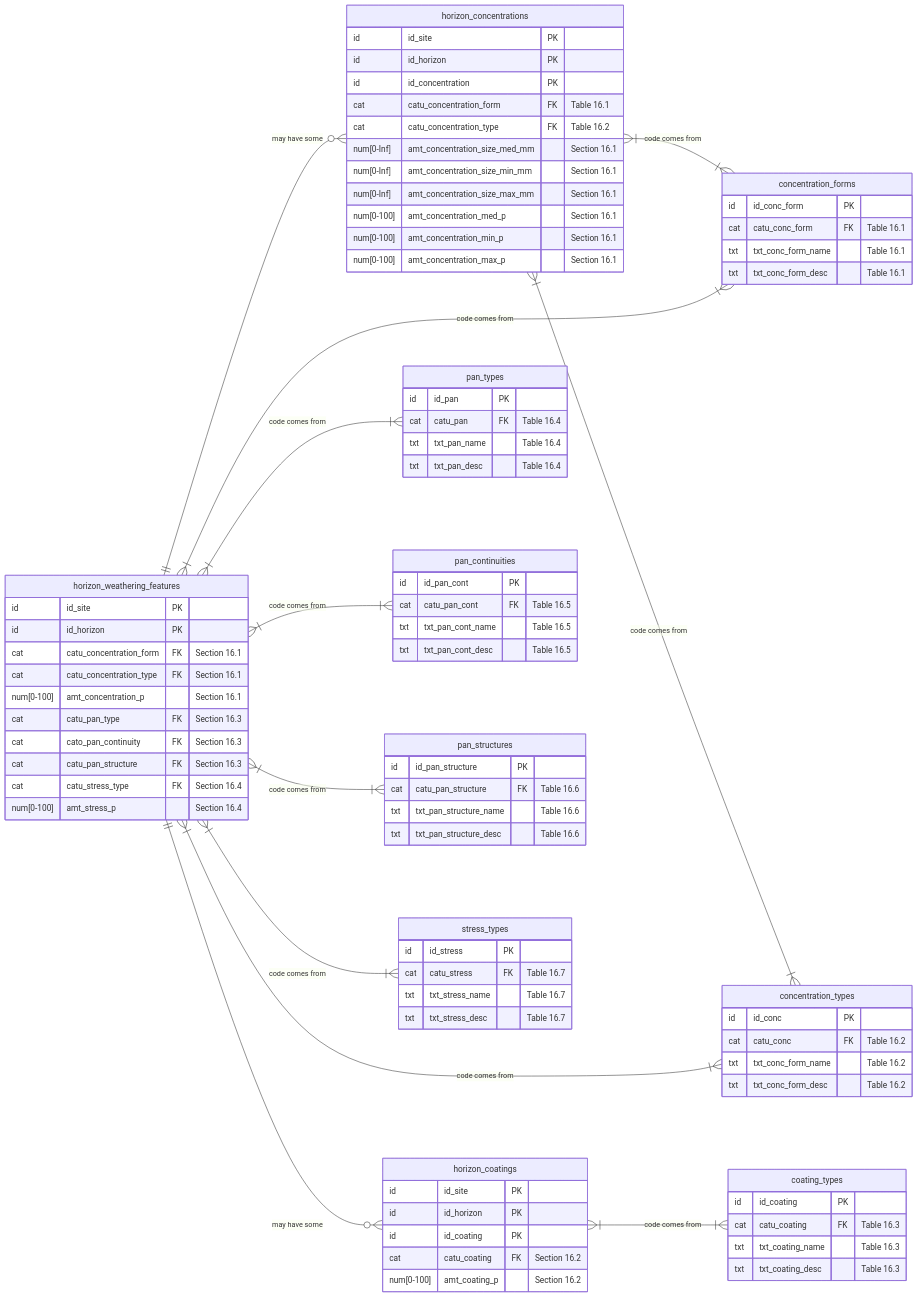
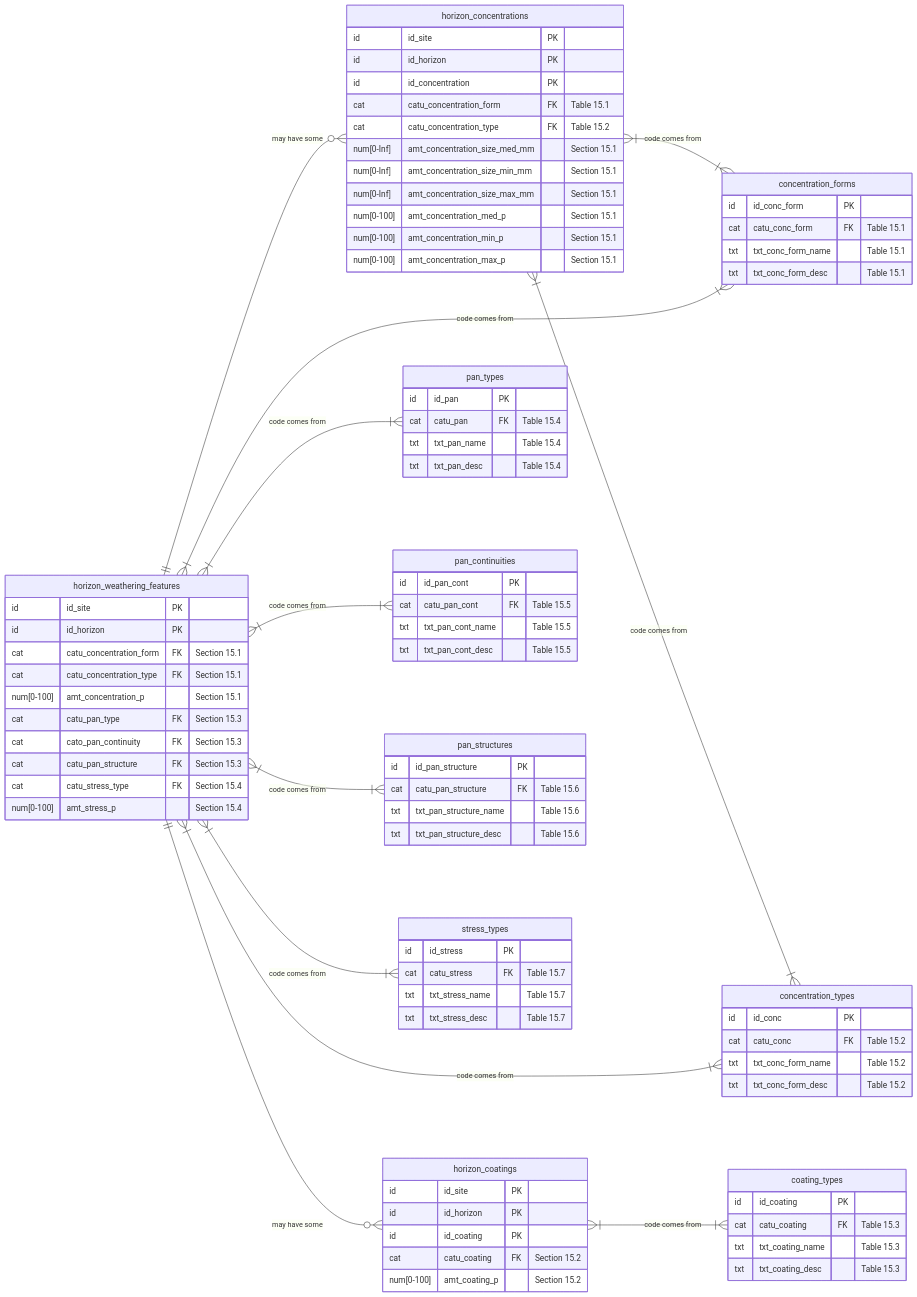
Before and after one commit to manaakiwhenua/NZ_soildesc_2024: diagram 17 of 27 in ap_03_database_design.qmd, drawn with Mermaid. The commit also changed other lines of this file, not shown here.

````diff
--- a/ap_03_database_design.qmd
+++ b/ap_03_database_design.qmd
@@ -1523,18 +1517,18 @@
     id          id_site PK
     id          id_horizon PK
     %% concentrations_rapid %%  
-    cat         catu_concentration_form FK       "Section 16.1"
-    cat         catu_concentration_type FK       "Section 16.1"
-    num[0-100]  amt_concentration_p              "Section 16.1"
+    cat         catu_concentration_form FK       "Section 15.1"
+    cat         catu_concentration_type FK       "Section 15.1"
+    num[0-100]  amt_concentration_p              "Section 15.1"
     %% coatings rapid still has to go in a subtable, see below %%
     %% rapid pans (you can only have one) %%
-    cat         catu_pan_type FK                 "Section 16.3"
+    cat         catu_pan_type FK                 "Section 15.3"
     %% add this stuff for routine %%
-    cat         cato_pan_continuity  FK          "Section 16.3"
-    cat         catu_pan_structure FK            "Section 16.3"
+    cat         cato_pan_continuity  FK          "Section 15.3"
+    cat         catu_pan_structure FK            "Section 15.3"
     %% stress features (NB you get one or the other because Physics) %%
-    cat         catu_stress_type FK              "Section 16.4"
-    num[0-100]  amt_stress_p                     "Section 16.4"
+    cat         catu_stress_type FK              "Section 15.4"
+    num[0-100]  amt_stress_p                     "Section 15.4"
   }
    
   %% data %%
@@ -1542,28 +1536,28 @@
     id          id_site PK
     id          id_horizon PK
     id          id_concentration PK
-    cat         catu_concentration_form FK       "Table 16.1"
-    cat         catu_concentration_type FK       "Table 16.2"
-    num[0-Inf]  amt_concentration_size_med_mm    "Section 16.1"
-    num[0-Inf]  amt_concentration_size_min_mm    "Section 16.1"
-    num[0-Inf]  amt_concentration_size_max_mm    "Section 16.1"
-    num[0-100]  amt_concentration_med_p          "Section 16.1"
-    num[0-100]  amt_concentration_min_p          "Section 16.1"
-    num[0-100]  amt_concentration_max_p          "Section 16.1"
+    cat         catu_concentration_form FK       "Table 15.1"
+    cat         catu_concentration_type FK       "Table 15.2"
+    num[0-Inf]  amt_concentration_size_med_mm    "Section 15.1"
+    num[0-Inf]  amt_concentration_size_min_mm    "Section 15.1"
+    num[0-Inf]  amt_concentration_size_max_mm    "Section 15.1"
+    num[0-100]  amt_concentration_med_p          "Section 15.1"
+    num[0-100]  amt_concentration_min_p          "Section 15.1"
+    num[0-100]  amt_concentration_max_p          "Section 15.1"
   } 
 
   concentration_forms {
     id          id_conc_form PK
-    cat         catu_conc_form FK    "Table 16.1"
-    txt         txt_conc_form_name   "Table 16.1"
-    txt         txt_conc_form_desc   "Table 16.1"
+    cat         catu_conc_form FK    "Table 15.1"
+    txt         txt_conc_form_name   "Table 15.1"
+    txt         txt_conc_form_desc   "Table 15.1"
   }
 
   concentration_types {
     id          id_conc PK
-    cat         catu_conc FK         "Table 16.2"
-    txt         txt_conc_form_name   "Table 16.2"
-    txt         txt_conc_form_desc   "Table 16.2"
+    cat         catu_conc FK         "Table 15.2"
+    txt         txt_conc_form_name   "Table 15.2"
+    txt         txt_conc_form_desc   "Table 15.2"
   }
 
   %% data %%
@@ -1571,44 +1565,44 @@
     id          id_site PK
     id          id_horizon PK
     id          id_coating PK
-    cat         catu_coating FK           "Section 16.2"
-    num[0-100]  amt_coating_p             "Section 16.2"
+    cat         catu_coating FK           "Section 15.2"
+    num[0-100]  amt_coating_p             "Section 15.2"
   } 
 
   coating_types {
     id          id_coating PK
-    cat         catu_coating FK         "Table 16.3"
-    txt         txt_coating_name        "Table 16.3"
-    txt         txt_coating_desc        "Table 16.3"
+    cat         catu_coating FK         "Table 15.3"
+    txt         txt_coating_name        "Table 15.3"
+    txt         txt_coating_desc        "Table 15.3"
   }
 
 
   pan_types {
     id          id_pan PK
-    cat         catu_pan FK         "Table 16.4"
-    txt         txt_pan_name        "Table 16.4"
-    txt         txt_pan_desc        "Table 16.4"
+    cat         catu_pan FK         "Table 15.4"
+    txt         txt_pan_name        "Table 15.4"
+    txt         txt_pan_desc        "Table 15.4"
   }
 
   pan_continuities {
     id          id_pan_cont PK
-    cat         catu_pan_cont FK    "Table 16.5"
-    txt         txt_pan_cont_name   "Table 16.5"
-    txt         txt_pan_cont_desc   "Table 16.5"
+    cat         catu_pan_cont FK    "Table 15.5"
+    txt         txt_pan_cont_name   "Table 15.5"
+    txt         txt_pan_cont_desc   "Table 15.5"
   }
 
   pan_structures {
     id          id_pan_structure PK
-    cat         catu_pan_structure FK  "Table 16.6"
-    txt         txt_pan_structure_name "Table 16.6"
-    txt         txt_pan_structure_desc "Table 16.6"
+    cat         catu_pan_structure FK  "Table 15.6"
+    txt         txt_pan_structure_name "Table 15.6"
+    txt         txt_pan_structure_desc "Table 15.6"
   }
   
   stress_types {
     id          id_stress PK
-    cat         catu_stress FK           "Table 16.7"
-    txt         txt_stress_name          "Table 16.7"
-    txt         txt_stress_desc          "Table 16.7"
+    cat         catu_stress FK          "Table 15.7"
+    txt         txt_stress_name         "Table 15.7"
+    txt         txt_stress_desc         "Table 15.7"
   }
 
 ```
````
